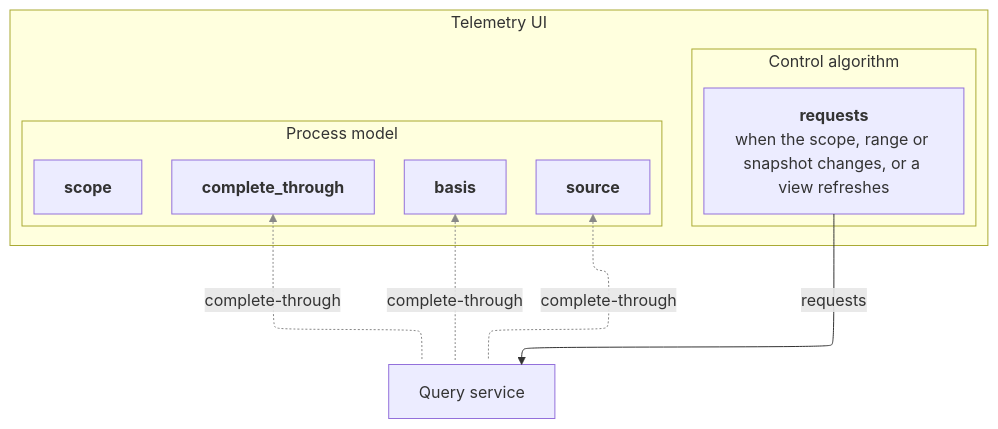
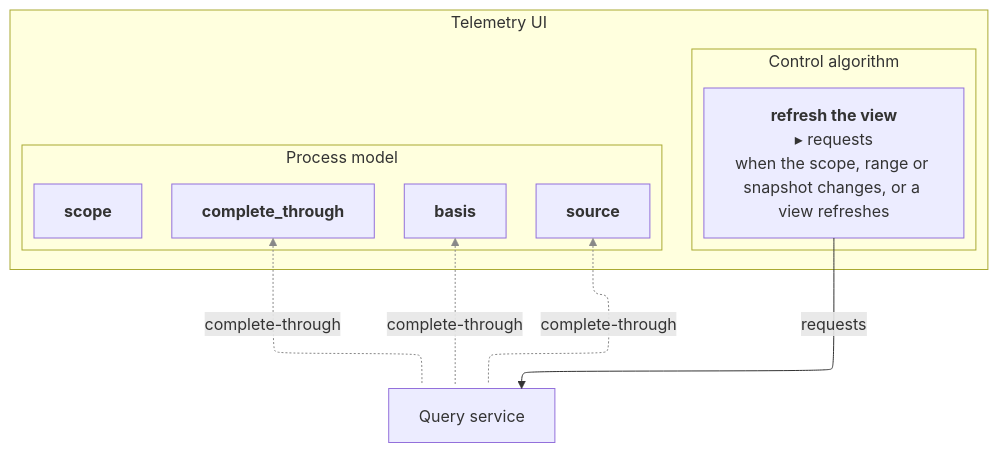
Before and after one commit to casselc/observability: the diagram in otel-chdb/stpa/generated/controller-ui.mmd, drawn with Mermaid. The commit also changed 60 other files, not shown here.

First line of the commit message:
otel-chdb/stpa: rule names head the detail diagrams; PRD widgets for every controller

```diff
--- a/otel-chdb/stpa/generated/controller-ui.mmd
+++ b/otel-chdb/stpa/generated/controller-ui.mmd
@@ -1,24 +1,24 @@
 ---
 config:
   layout: elk
 ---
 flowchart TB
   %% Generated by otel-chdb/stpa/tools from records/controller-0e2f45.md and structure.yaml. Do not edit.
   subgraph C["Telemetry UI"]
     subgraph CA["Control algorithm"]
-      r1["<b>requests</b><br/>when the scope, range or snapshot changes, or a view refreshes"]
+      r1["<b>refresh the view</b><br/>▸ requests<br/>when the scope, range or snapshot changes, or a view refreshes"]
     end
     subgraph PM["Process model"]
       v1["<b>source</b>"]
       v2["<b>complete_through</b>"]
       v3["<b>basis</b>"]
       v4["<b>scope</b>"]
     end
   end
   n2f943e["Query service"]
   r1 -->|requests| n2f943e
   v1 fb1@<-.->|complete-through| n2f943e
   v2 fb2@<-.->|complete-through| n2f943e
   v3 fb3@<-.->|complete-through| n2f943e
   classDef fb stroke:#888,marker-end:none
   class fb1,fb2,fb3 fb
```
